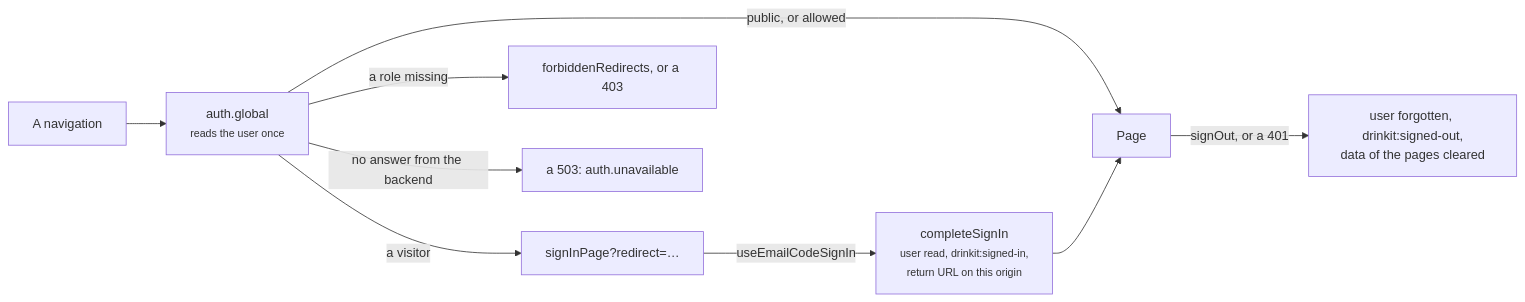
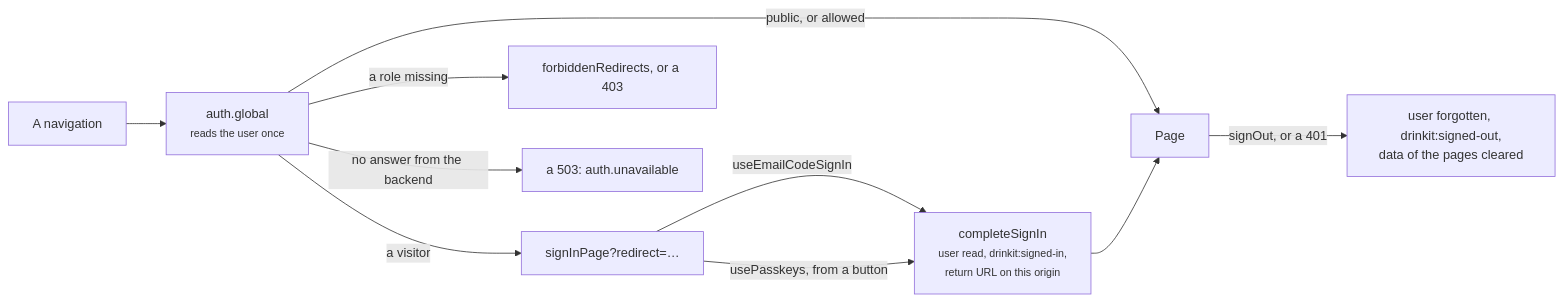
One commit to mboisnard/drinkit changed the diagram in tech-starters/frontend/security-starter/README.md. Above: the diagram before and after it, drawn with Mermaid. The commit also changed other lines of this file and 8 other files, not shown here.

````diff
--- a/tech-starters/frontend/security-starter/README.md
+++ b/tech-starters/frontend/security-starter/README.md
@@ -14,11 +14,12 @@
 ```mermaid
 flowchart LR
   Nav["A navigation"] --> MW["auth.global<br/><small>reads the user once</small>"]
   MW -- "public, or allowed" --> Page
   MW -- "a visitor" --> SignIn["signInPage?redirect=…"]
   MW -- "a role missing" --> Other["forbiddenRedirects, or a 403"]
   MW -- "no answer from the backend" --> Down["a 503: auth.unavailable"]
   SignIn -- "useEmailCodeSignIn" --> Done["completeSignIn<br/><small>user read, drinkit:signed-in,<br/>return URL on this origin</small>"]
+  SignIn -- "usePasskeys, from a button" --> Done
   Done --> Page
   Page -- "signOut, or a 401" --> Out["user forgotten, drinkit:signed-out,<br/>data of the pages cleared"]
 ```
````
